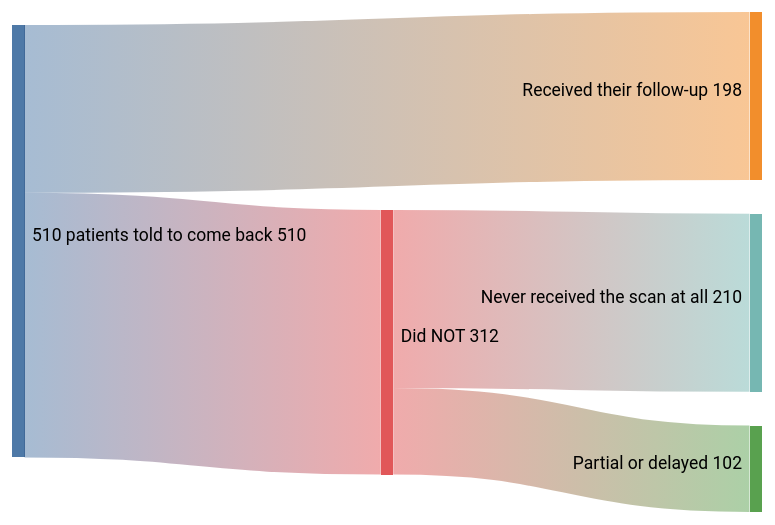
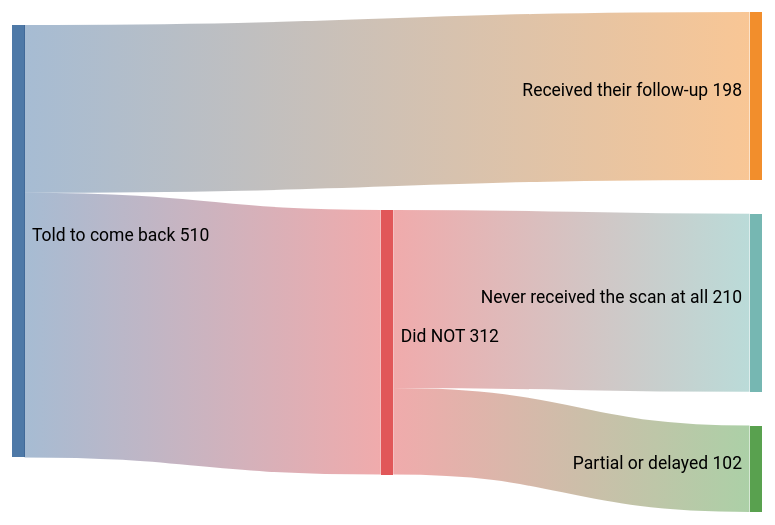
Before and after one commit to AshmitThakur23/result-guardian: the second of 13 diagrams in README.md, drawn with Mermaid (forest theme). The commit also changed other lines of this file and 1 other file, not shown here.

````diff
--- a/README.md
+++ b/README.md
@@ -75,7 +75,7 @@
 ```mermaid
 sankey-beta
-510 patients told to come back,Received their follow-up,198
-510 patients told to come back,Did NOT,312
+Told to come back,Received their follow-up,198
+Told to come back,Did NOT,312
 Did NOT,Never received the scan at all,210
 Did NOT,Partial or delayed,102
 ```
````
